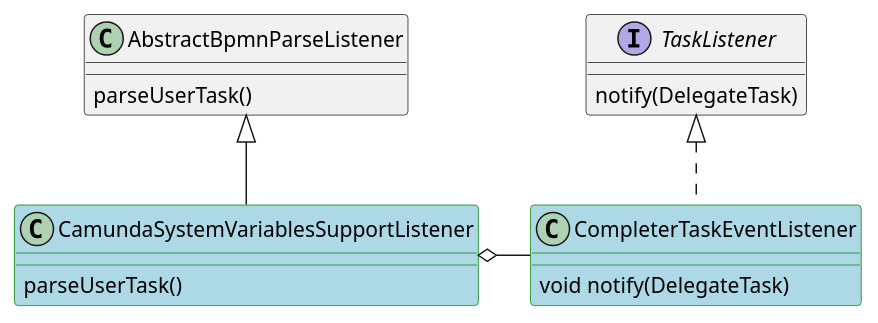
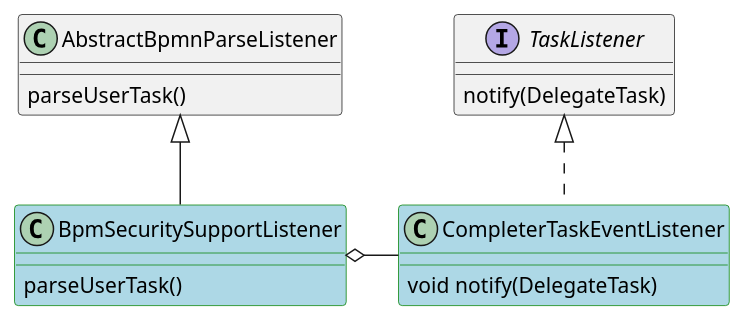
The sixth of 11 diagrams in docs/modules/bpms/pages/camunda-core-extensions.adoc (epam/edp-ddm-bpms), drawn with PlantUML before and after one commit. The commit also changed other lines of this file and 24 other files, not shown here.

```diff
--- a/docs/modules/bpms/pages/camunda-core-extensions.adoc
+++ b/docs/modules/bpms/pages/camunda-core-extensions.adoc
@@ -206,22 +206,22 @@
 [plantuml,completer-token,svg]
 ----
 @startuml
 class AbstractBpmnParseListener {
   parseUserTask()
 }
 
-class CamundaSystemVariablesSupportListener #back:lightblue;line:green;text:black extends AbstractBpmnParseListener {
+class BpmSecuritySupportListener #back:lightblue;line:green;text:black extends AbstractBpmnParseListener {
   parseUserTask()
 }
 
 interface TaskListener {
   notify(DelegateTask)
 }
 
 class CompleterTaskEventListener #back:lightblue;line:green;text:black implements TaskListener {
   void notify(DelegateTask)
 }
 
-CamundaSystemVariablesSupportListener o- CompleterTaskEventListener
+BpmSecuritySupportListener o- CompleterTaskEventListener
 @enduml
 ----
```
